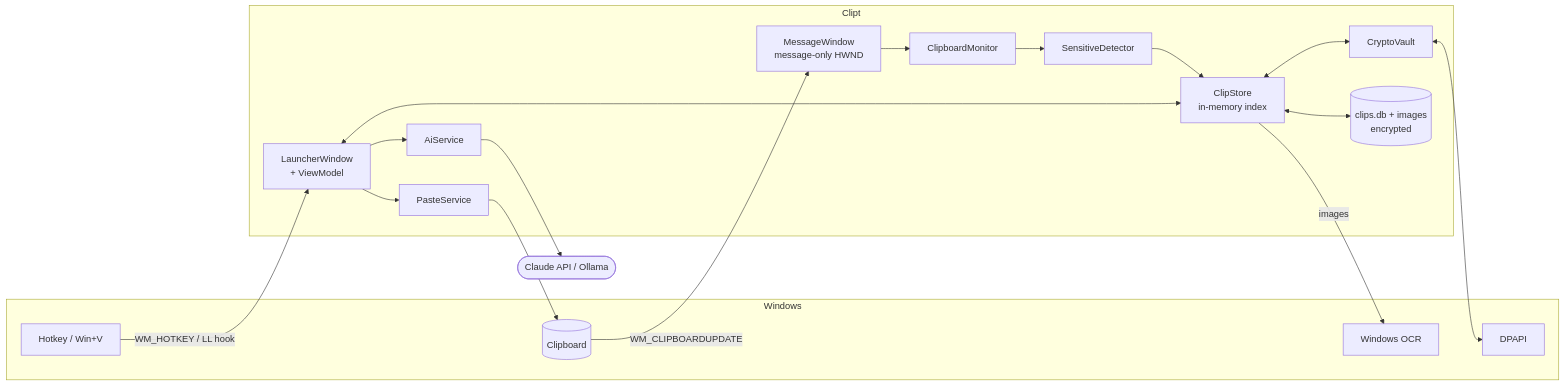
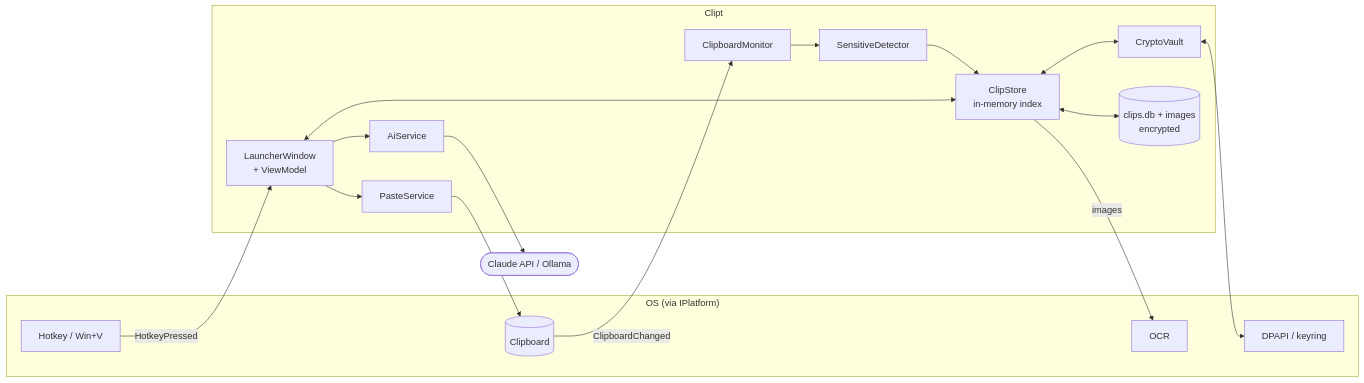
One commit to piplus2/clipt changed the first of 3 diagrams in docs/architecture.md. Above: the diagram before and after it, drawn with Mermaid. The commit also changed other lines of this file and 62 other files, not shown here.

````diff
--- a/docs/architecture.md
+++ b/docs/architecture.md
@@ -8,32 +15,31 @@
 ```mermaid
 flowchart LR
-    subgraph Windows
+    subgraph OS["OS (via IPlatform)"]
         CB[(Clipboard)]
         HK[Hotkey / Win+V]
-        OCR[Windows OCR]
-        DPAPI[DPAPI]
+        OCR[OCR]
+        KEYS[DPAPI / keyring]
     end
 
     subgraph Clipt
-        MW[MessageWindow<br/>message-only HWND]
         MON[ClipboardMonitor]
         DET[SensitiveDetector]
         STORE[ClipStore<br/>in-memory index]
         VAULT[CryptoVault]
         DB[(clips.db + images<br/>encrypted)]
         UI[LauncherWindow<br/>+ ViewModel]
         PASTE[PasteService]
         AI[AiService]
     end
 
-    CB -- WM_CLIPBOARDUPDATE --> MW --> MON
-    HK -- WM_HOTKEY / LL hook --> UI
+    CB -- ClipboardChanged --> MON
+    HK -- HotkeyPressed --> UI
     MON --> DET --> STORE
     STORE <--> VAULT
-    VAULT <--> DPAPI
+    VAULT <--> KEYS
     STORE <--> DB
     STORE -- images --> OCR
     UI <--> STORE
     UI --> PASTE --> CB
     UI --> AI --> Claude([Claude API / Ollama])
 ```
````
